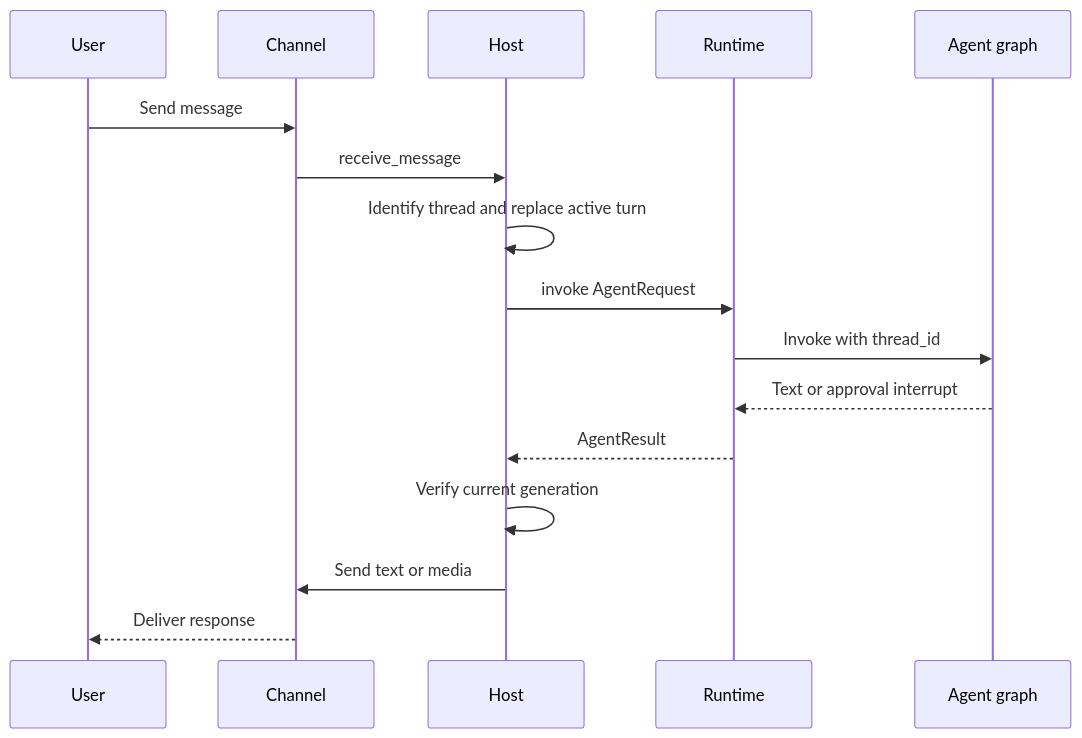
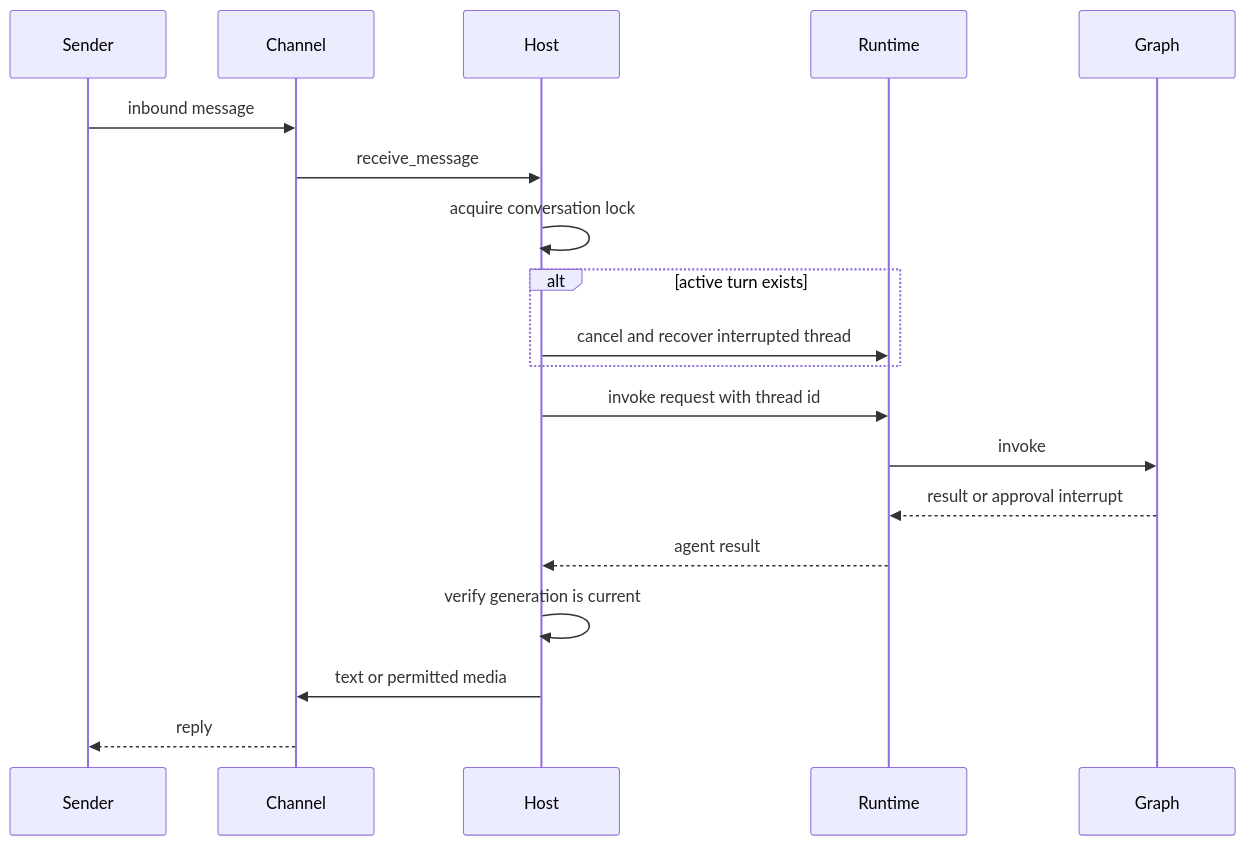
The second of 3 diagrams in openwiki/integrations/talon.md (langchain-ai/deepagents), drawn with Mermaid before and after one commit. The commit also changed other lines of this file and 56 other files, not shown here.

````diff
--- a/openwiki/integrations/talon.md
+++ b/openwiki/integrations/talon.md
@@ -49,18 +97,21 @@
 ```mermaid
 sequenceDiagram
-    participant User
+    participant Sender
     participant Channel
     participant Host
     participant Runtime
-    participant Graph as Agent graph
-    User->>Channel: Send message
+    participant Graph
+    Sender->>Channel: inbound message
     Channel->>Host: receive_message
-    Host->>Host: Identify thread and replace active turn
-    Host->>Runtime: invoke AgentRequest
-    Runtime->>Graph: Invoke with thread_id
-    Graph-->>Runtime: Text or approval interrupt
-    Runtime-->>Host: AgentResult
-    Host->>Host: Verify current generation
-    Host->>Channel: Send text or media
-    Channel-->>User: Deliver response
+    Host->>Host: acquire conversation lock
+    alt active turn exists
+        Host->>Runtime: cancel and recover interrupted thread
+    end
+    Host->>Runtime: invoke request with thread id
+    Runtime->>Graph: invoke
+    Graph-->>Runtime: result or approval interrupt
+    Runtime-->>Host: agent result
+    Host->>Host: verify generation is current
+    Host->>Channel: text or permitted media
+    Channel-->>Sender: reply
 ```
````
